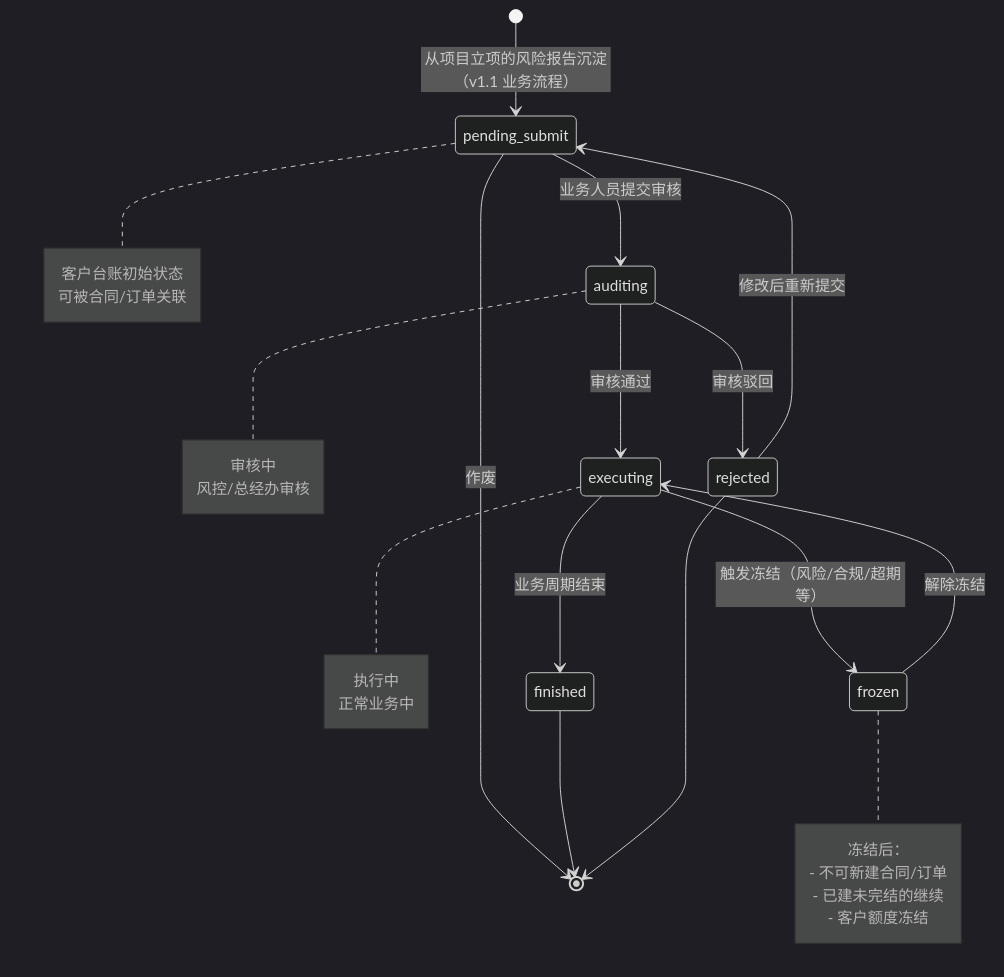
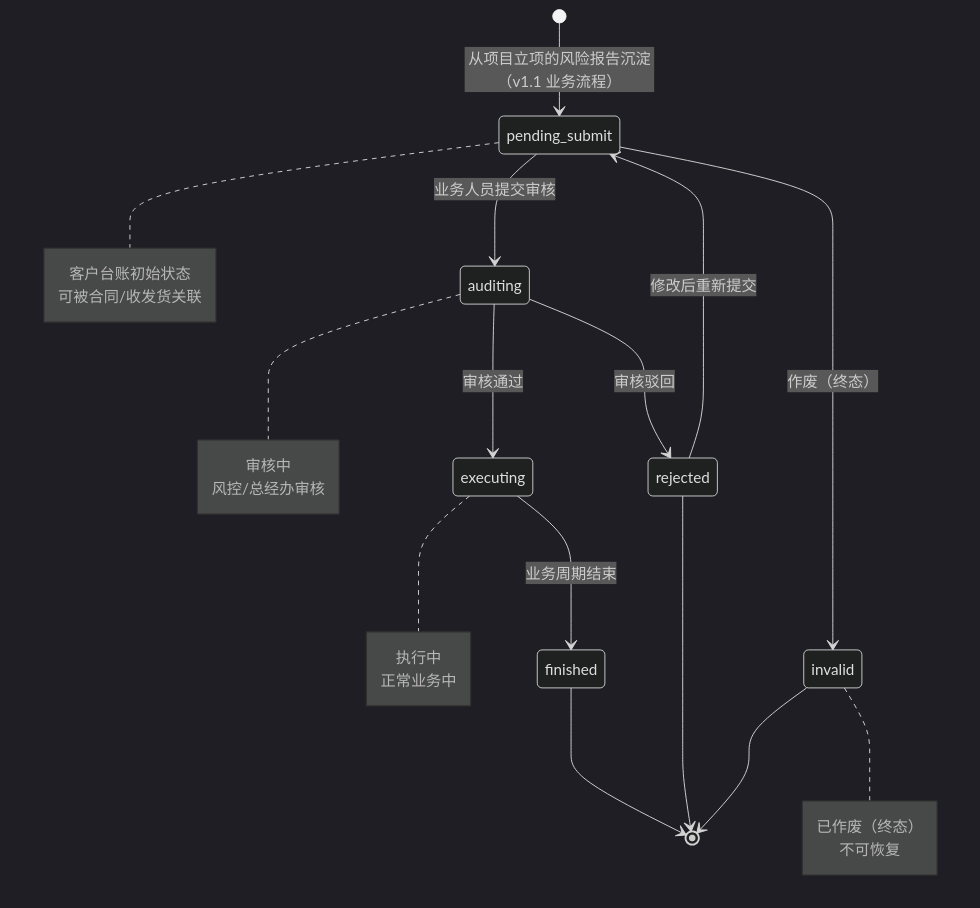
One commit to Ummyue/gyt-admin changed the fifth of 7 diagrams in docs-v2/02.02-客户管理.md. Above: the diagram before and after it, drawn with Mermaid (dark theme). The commit also changed other lines of this file and 40 other files, not shown here.

````diff
--- a/docs-v2/02.02-客户管理.md
+++ b/docs-v2/02.02-客户管理.md
@@ -500,36 +553,33 @@
 ```mermaid
 stateDiagram-v2
     [*] --> pending_submit: 从项目立项的风险报告沉淀（v1.1 业务流程）
     pending_submit --> auditing: 业务人员提交审核
-    pending_submit --> [*]: 作废
+    pending_submit --> invalid: 作废（终态）
     auditing --> executing: 审核通过
     auditing --> rejected: 审核驳回
     rejected --> pending_submit: 修改后重新提交
     executing --> finished: 业务周期结束
-    executing --> frozen: 触发冻结（风险/合规/超期等）
-    frozen --> executing: 解除冻结
     finished --> [*]
     rejected --> [*]
+    invalid --> [*]
 
     note right of pending_submit
       客户台账初始状态
-      可被合同/订单关联
+      可被合同/收发货关联
     end note
 
     note right of auditing
       审核中
       风控/总经办审核
     end note
 
     note right of executing
       执行中
       正常业务中
     end note
 
-    note right of frozen
-      冻结后：
-      - 不可新建合同/订单
-      - 已建未完结的继续
-      - 客户额度冻结
+    note right of invalid
+      已作废（终态）
+      不可恢复
     end note
 ```
````
